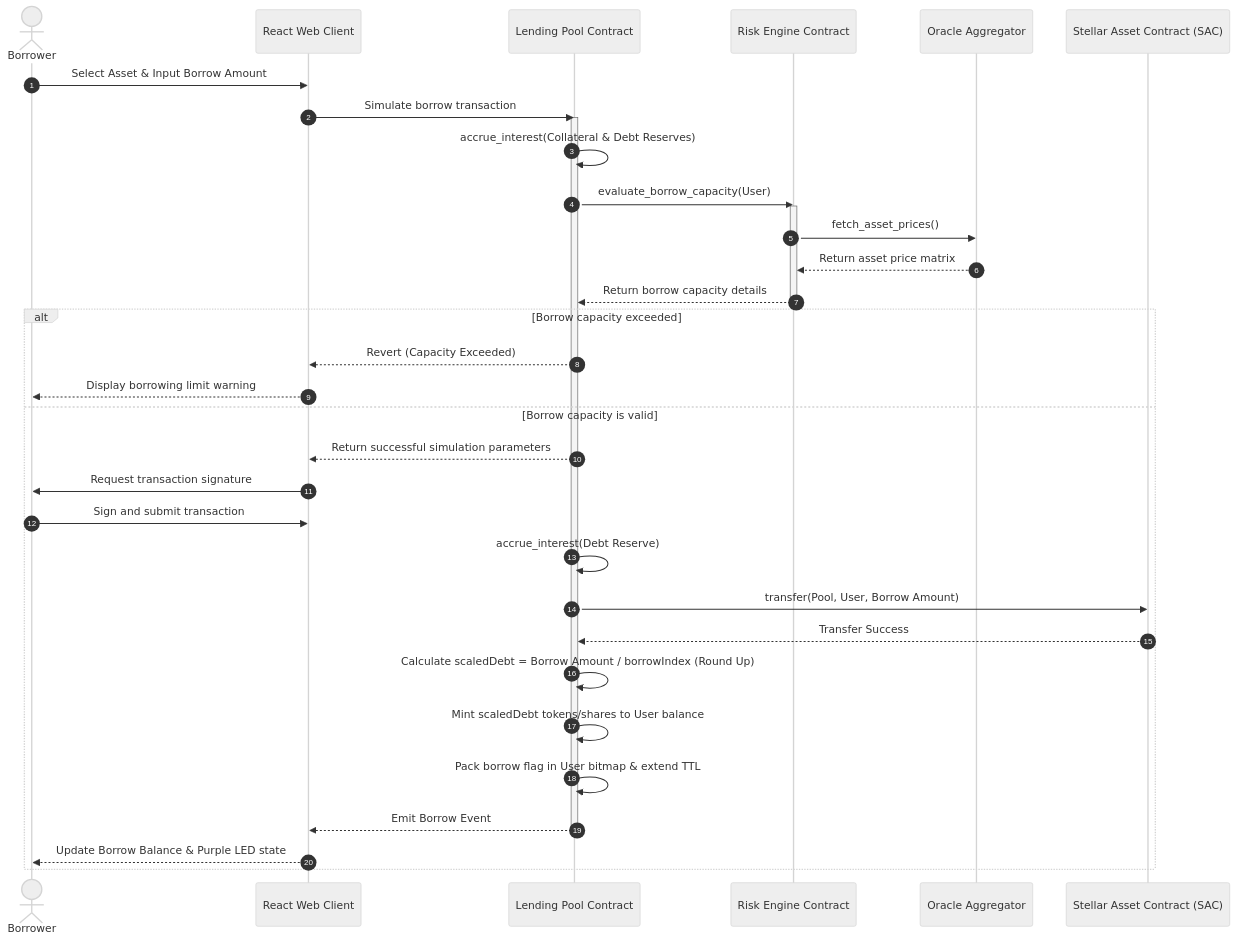
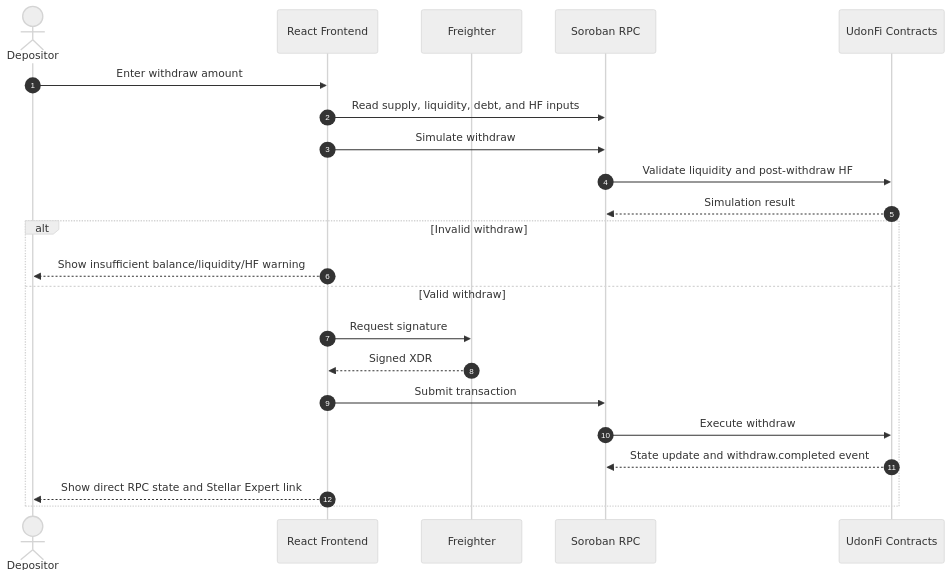
One commit to TheAnh1404/UdonFi changed the second of 5 diagrams in docs/04-business-flows.md. Above: the diagram before and after it, drawn with Mermaid (neutral theme). The commit also changed other lines of this file and 191 other files, not shown here.

Commit message:
feat(core): implement core lending modules, withdraw logic, and update documentation

````diff
--- a/docs/04-business-flows.md
+++ b/docs/04-business-flows.md
@@ -42,39 +32,25 @@
 ```mermaid
 sequenceDiagram
     autonumber
-    actor User as Borrower
-    participant UI as React Web Client
-    participant Pool as Lending Pool Contract
-    participant Risk as Risk Engine Contract
-    participant Oracle as Oracle Aggregator
-    participant Token as Stellar Asset Contract (SAC)
-    
-    User->>UI: Select Asset & Input Borrow Amount
-    UI->>Pool: Simulate borrow transaction
-    activate Pool
-    Pool->>Pool: accrue_interest(Collateral & Debt Reserves)
-    Pool->>Risk: evaluate_borrow_capacity(User)
-    activate Risk
-    Risk->>Oracle: fetch_asset_prices()
-    Oracle-->>Risk: Return asset price matrix
-    Risk-->>Pool: Return borrow capacity details
-    deactivate Risk
-    
-    alt Borrow capacity exceeded
-        Pool-->>UI: Revert (Capacity Exceeded)
-        UI-->>User: Display borrowing limit warning
-    else Borrow capacity is valid
-        Pool-->>UI: Return successful simulation parameters
-        UI->>User: Request transaction signature
-        User->>UI: Sign and submit transaction
-        Pool->>Pool: accrue_interest(Debt Reserve)
-        Pool->>Token: transfer(Pool, User, Borrow Amount)
-        Token-->>Pool: Transfer Success
-        Pool->>Pool: Calculate scaledDebt = Borrow Amount / borrowIndex (Round Up)
-        Pool->>Pool: Mint scaledDebt tokens/shares to User balance
-        Pool->>Pool: Pack borrow flag in User bitmap & extend TTL
-        Pool-->>UI: Emit Borrow Event
-        deactivate Pool
-        UI-->>User: Update Borrow Balance & Purple LED state
+    actor User as Depositor
+    participant UI as React Frontend
+    participant Wallet as Freighter
+    participant RPC as Soroban RPC
+    participant Contracts as UdonFi Contracts
+
+    User->>UI: Enter withdraw amount
+    UI->>RPC: Read supply, liquidity, debt, and HF inputs
+    UI->>RPC: Simulate withdraw
+    RPC->>Contracts: Validate liquidity and post-withdraw HF
+    Contracts-->>RPC: Simulation result
+    alt Invalid withdraw
+        UI-->>User: Show insufficient balance/liquidity/HF warning
+    else Valid withdraw
+        UI->>Wallet: Request signature
+        Wallet-->>UI: Signed XDR
+        UI->>RPC: Submit transaction
+        RPC->>Contracts: Execute withdraw
+        Contracts-->>RPC: State update and withdraw.completed event
+        UI-->>User: Show direct RPC state and Stellar Expert link
     end
 ```
````
